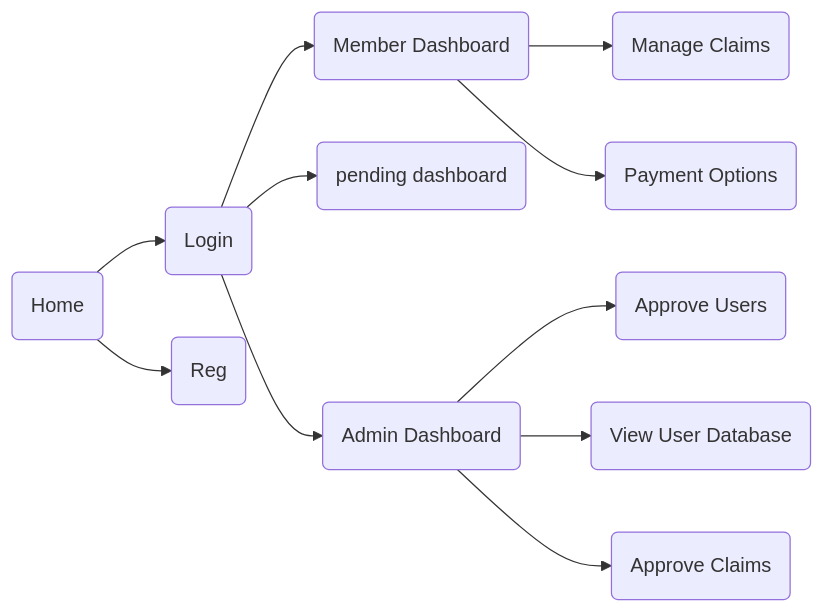
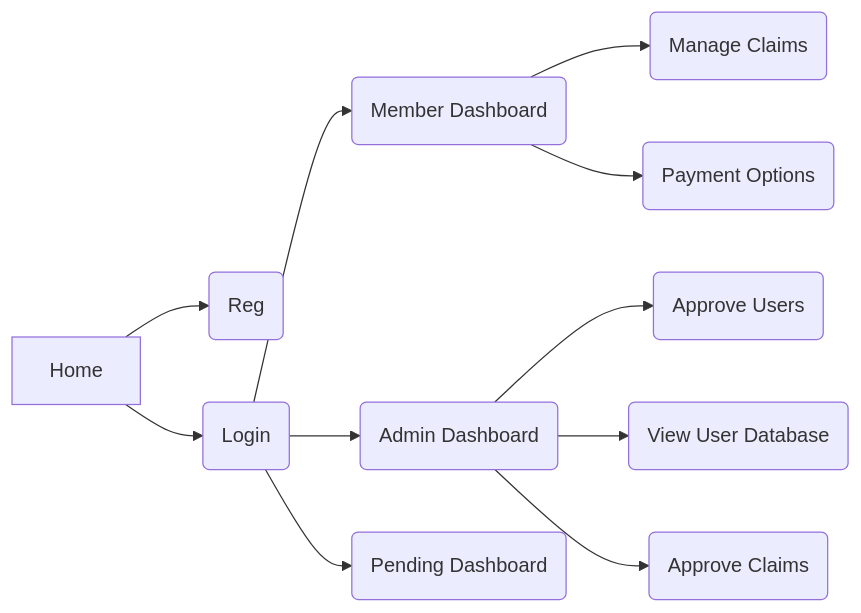
The diagram in Big Time ESD Plan.md (YatesyTea/bigTimeESD), drawn with Mermaid before and after one commit. The commit also changed other lines of this file, not shown here.

````diff
--- a/Big Time ESD Plan.md
+++ b/Big Time ESD Plan.md
@@ -276,19 +298,21 @@
 ```mermaid
 graph LR
-A(Home) --> B(Login)
+A --> 2(Reg)
+A[Home] --> B(Login)
 	B --> D(Member Dashboard)
 		D --> F(Manage Claims)
 		D --> G(Payment Options)
 	
-    B --> Z(pending dashboard)
+    
     
 	B --> E(Admin Dashboard)
 		E --> H(Approve Users)
 		E --> I(View User Database)
 		E --> J(Approve Claims)
 		
-	
-		
-A --> C(Reg)
+B --> Z(Pending Dashboard)
+
+
+
 	
 ```
````
